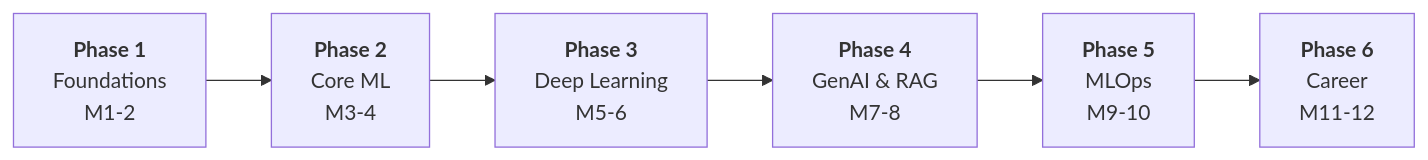
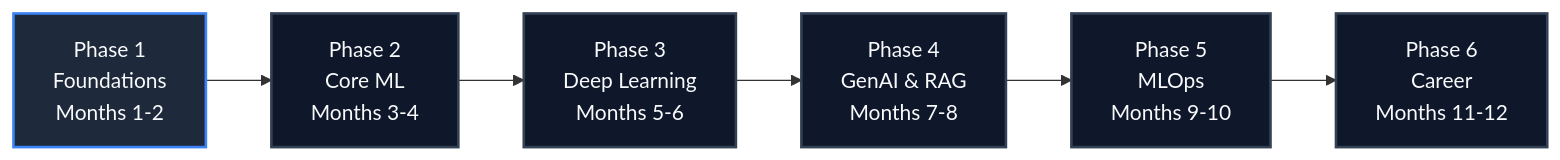
One commit to aniket-andyy/AI-ML-NOTES changed the diagram in README.md. Above: the diagram before and after it, drawn with Mermaid. The commit also changed other lines of this file, not shown here.

````diff
--- a/README.md
+++ b/README.md
@@ -68,11 +75,12 @@
 ```mermaid
 flowchart LR
-    P1["<b>Phase 1</b><br/>Foundations<br/>M1-2"]
-    P2["<b>Phase 2</b><br/>Core ML<br/>M3-4"]
-    P3["<b>Phase 3</b><br/>Deep Learning<br/>M5-6"]
-    P4["<b>Phase 4</b><br/>GenAI & RAG<br/>M7-8"]
-    P5["<b>Phase 5</b><br/>MLOps<br/>M9-10"]
-    P6["<b>Phase 6</b><br/>Career<br/>M11-12"]
+    P1["Phase 1<br/>Foundations<br/>Months 1-2"] --> P2["Phase 2<br/>Core ML<br/>Months 3-4"]
+    P2 --> P3["Phase 3<br/>Deep Learning<br/>Months 5-6"]
+    P3 --> P4["Phase 4<br/>GenAI & RAG<br/>Months 7-8"]
+    P4 --> P5["Phase 5<br/>MLOps<br/>Months 9-10"]
+    P5 --> P6["Phase 6<br/>Career<br/>Months 11-12"]
     
-    P1 --> P2 --> P3 --> P4 --> P5 --> P6
+    classDef default fill:#0F172A,stroke:#334155,stroke-width:2px,color:#F8FAFC;
+    classDef active fill:#1E293B,stroke:#3B82F6,stroke-width:2px,color:#F8FAFC;
+    class P1 active;
 ```
````
